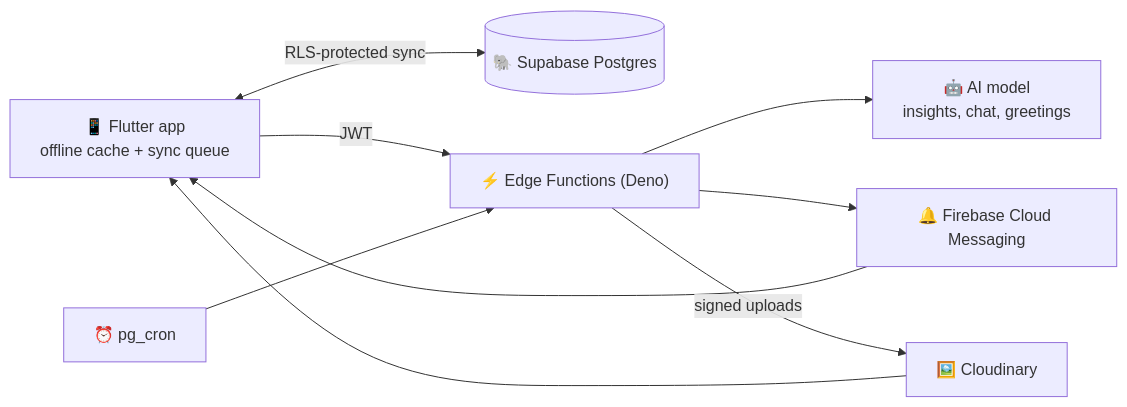
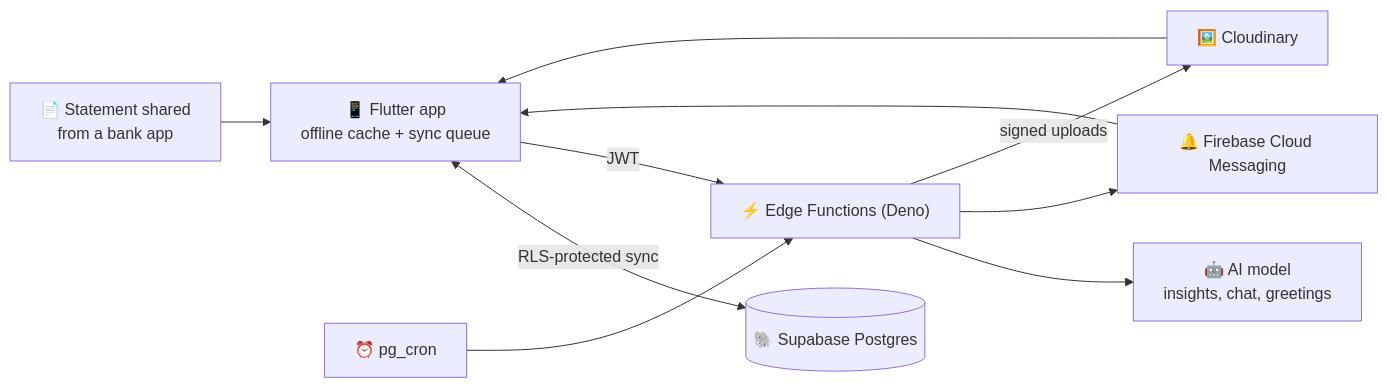
The diagram in README.md (nischalsir/kharcha), drawn with Mermaid before and after one commit. The commit also changed other lines of this file, not shown here.

````diff
--- a/README.md
+++ b/README.md
@@ -71,11 +90,12 @@
 ```mermaid
 flowchart LR
+  Share["📄 Statement shared<br/>from a bank app"] --> App
   App["📱 Flutter app<br/>offline cache + sync queue"] <-->|RLS-protected sync| DB[("🐘 Supabase Postgres")]
   App -->|JWT| Fn["⚡ Edge Functions (Deno)"]
   Fn --> AI["🤖 AI model<br/>insights, chat, greetings"]
   Fn --> FCM["🔔 Firebase Cloud Messaging"]
   Fn -->|signed uploads| CDN["🖼️ Cloudinary"]
   Cron["⏰ pg_cron"] --> Fn
   FCM --> App
   CDN --> App
 ```
````
